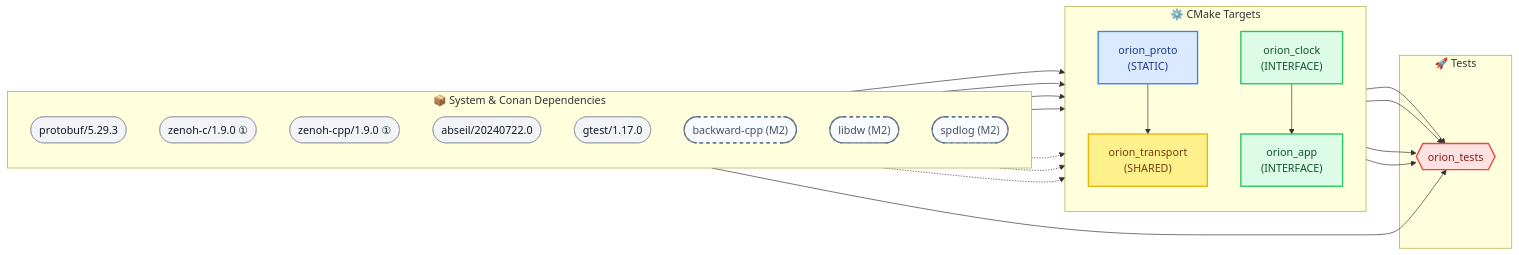
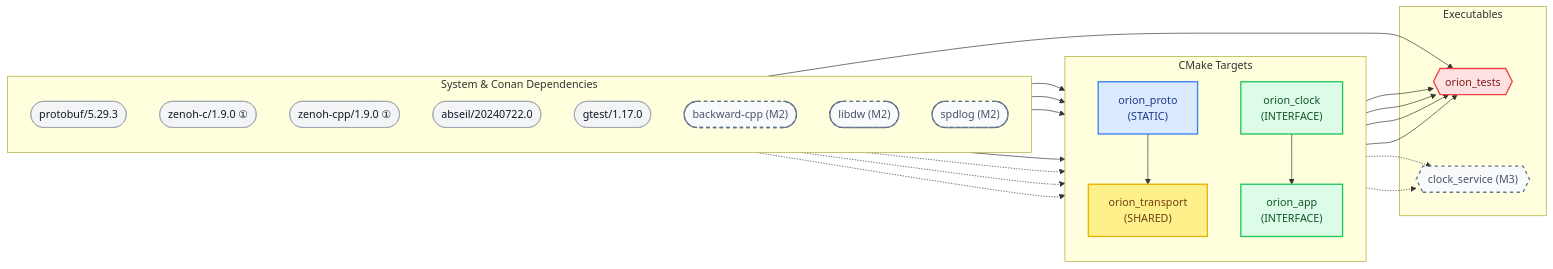
Before and after one commit to Unmanned-Constellation/orion: the diagram in docs/architecture.md, drawn with Mermaid. The commit also changed other lines of this file and 52 other files, not shown here.

````diff
--- a/docs/architecture.md
+++ b/docs/architecture.md
@@ -9,56 +9,60 @@
 ```{mermaid}
 flowchart LR
     %% Semantic Style Definitions
     classDef external   fill:#f3f4f6,stroke:#9ca3af,stroke-width:1px,color:#111827
     classDef interface  fill:#dcfce7,stroke:#22c55e,stroke-width:2px,color:#14532d
     classDef staticLib  fill:#dbeafe,stroke:#3b82f6,stroke-width:2px,color:#1e3a8a
     classDef sharedLib  fill:#fef08a,stroke:#eab308,stroke-width:2px,color:#713f12
     classDef executable fill:#fee2e2,stroke:#ef4444,stroke-width:2px,color:#7f1d1d
     classDef planned    fill:#f8fafc,stroke:#64748b,stroke-width:2px,stroke-dasharray: 5 5,color:#475569
 
-    subgraph External ["📦 System & Conan Dependencies"]
+    subgraph External ["System & Conan Dependencies"]
         direction TB
         protobuf(["protobuf/5.29.3"]):::external
         zenohc(["zenoh-c/1.9.0 ①"]):::external
         zenohcpp(["zenoh-cpp/1.9.0 ①"]):::external
         abseil(["abseil/20240722.0"]):::external
         gtest(["gtest/1.17.0"]):::external
 
         backwardcpp(["backward-cpp (M2)"]):::planned
         libdw(["libdw (M2)"]):::planned
         spdlog(["spdlog (M2)"]):::planned
     end
 
-    subgraph Modules ["⚙️ CMake Targets"]
+    subgraph Modules ["CMake Targets"]
         direction TB
         orion_clock["orion_clock<br/>(INTERFACE)"]:::interface
         orion_proto["orion_proto<br/>(STATIC)"]:::staticLib
         orion_app["orion_app<br/>(INTERFACE)"]:::interface
         orion_transport["orion_transport<br/>(SHARED)"]:::sharedLib
     end
 
-    subgraph Executables ["🚀 Tests"]
+    subgraph Executables ["Executables"]
         orion_tests{{"orion_tests"}}:::executable
+        clock_service{{"clock_service (M3)"}}:::planned
     end
 
     %% External to Module Edges
     protobuf    --> orion_proto
     abseil      --> orion_proto
     zenohc      --> orion_transport
     zenohcpp    --> orion_transport
 
     backwardcpp -.-> orion_app
     libdw       -.-> orion_app
     spdlog      -.-> orion_app
 
     %% Internal Module Edges
     orion_proto --> orion_transport
     orion_clock --> orion_app
 
     %% Executable Edges
     orion_clock     --> orion_tests
     orion_app       --> orion_tests
     orion_transport --> orion_tests
     orion_proto     --> orion_tests
     gtest           --> orion_tests
+
+    orion_transport -.-> clock_service
+    orion_proto     -.-> clock_service
 ```
````
